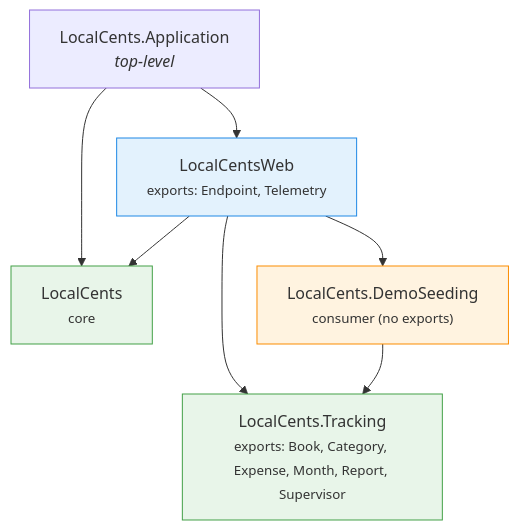
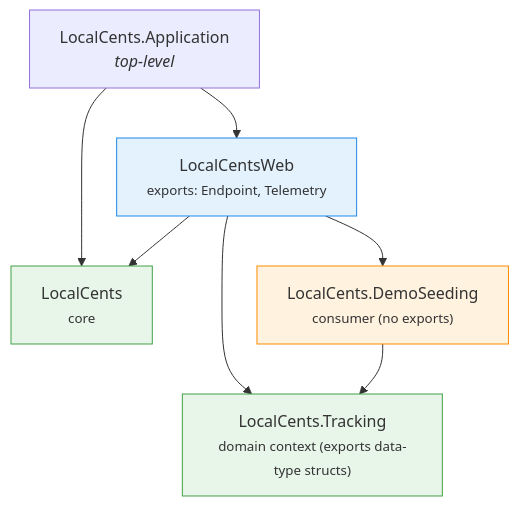
Before and after one commit to zorn/local_cents: the first of 2 diagrams in docs/module-boundaries.md, drawn with Mermaid. The commit also changed other lines of this file and 1 other file, not shown here.

````diff
--- a/docs/module-boundaries.md
+++ b/docs/module-boundaries.md
@@ -69,22 +70,22 @@
 ```mermaid
 graph TD
     App["LocalCents.Application<br/><i>top-level</i>"]
     Web["LocalCentsWeb<br/><small>exports: Endpoint, Telemetry</small>"]
     Core["LocalCents<br/><small>core</small>"]
-    Tracking["LocalCents.Tracking<br/><small>exports: Book, Category, Expense, Month, Report, Supervisor</small>"]
+    Tracking["LocalCents.Tracking<br/><small>domain context (exports data-type structs)</small>"]
     DemoSeeding["LocalCents.DemoSeeding<br/><small>consumer (no exports)</small>"]
 
     App --> Web
     App --> Core
     Web --> Core
     Web --> Tracking
     Web --> DemoSeeding
     DemoSeeding --> Tracking
 
     classDef context fill:#e8f5e9,stroke:#43a047;
     classDef web fill:#e3f2fd,stroke:#1e88e5;
     classDef consumer fill:#fff3e0,stroke:#fb8c00;
     class Tracking,Core context;
     class Web web;
     class DemoSeeding consumer;
 ```
````
